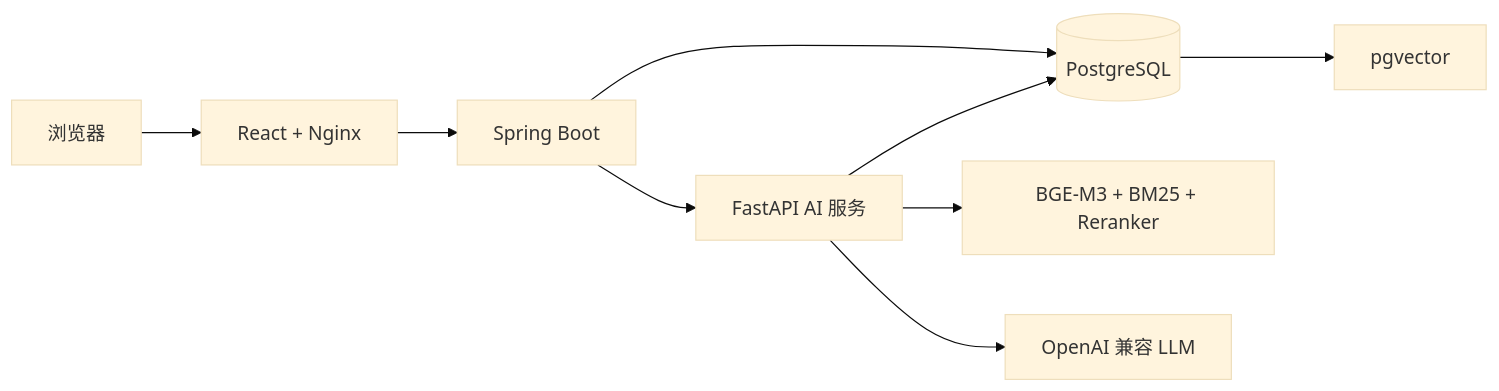
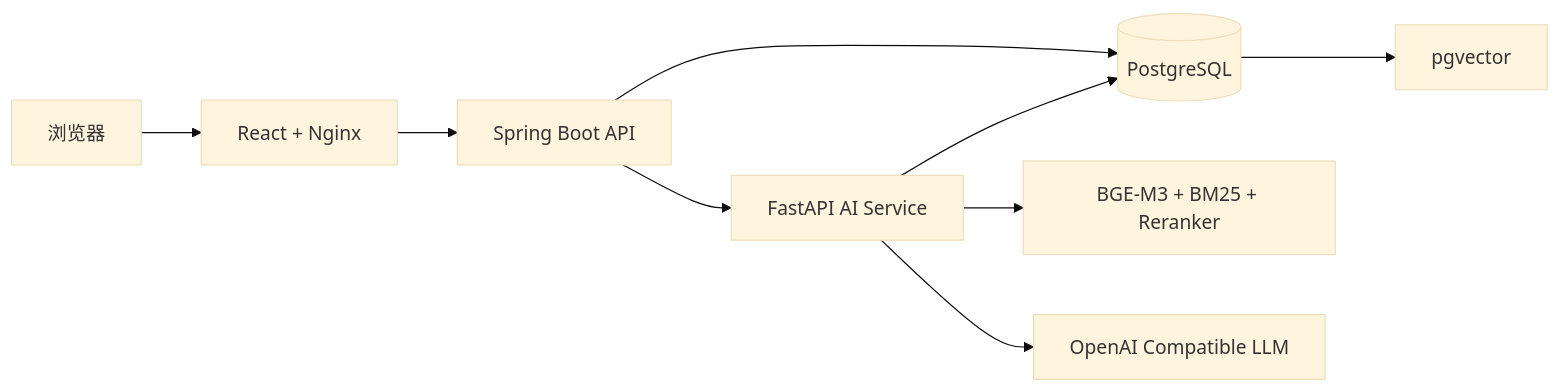
Before and after one commit to Ymomo178/Bio_RAG: the diagram in README.md, drawn with Mermaid (base theme). The commit also changed other lines of this file and 5 other files, not shown here.

````diff
--- a/README.md
+++ b/README.md
@@ -106,11 +120,11 @@
 ```mermaid
 flowchart LR
-    U[浏览器] --> W[React + Nginx]
-    W --> J[Spring Boot]
-    J --> P[FastAPI AI 服务]
-    J --> DB[(PostgreSQL)]
-    P --> DB
-    DB --> V[pgvector]
-    P --> E[BGE-M3 + BM25 + Reranker]
-    P --> L[OpenAI 兼容 LLM]
+    User[浏览器] --> Web[React + Nginx]
+    Web --> Java[Spring Boot API]
+    Java --> Python[FastAPI AI Service]
+    Java --> Postgres[(PostgreSQL)]
+    Python --> Postgres
+    Postgres --> Vector[pgvector]
+    Python --> Retrieval[BGE-M3 + BM25 + Reranker]
+    Python --> LLM[OpenAI Compatible LLM]
 ```
````
